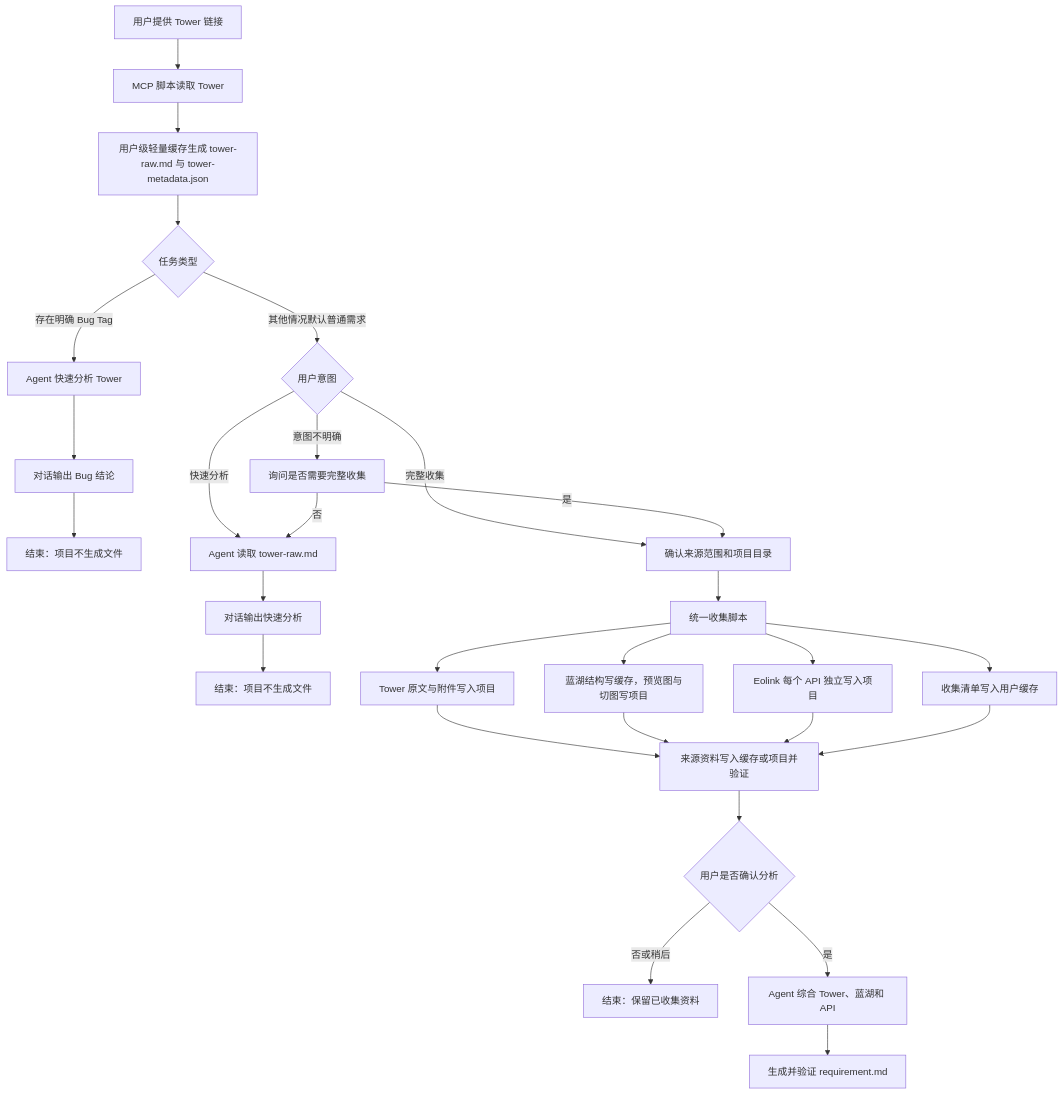
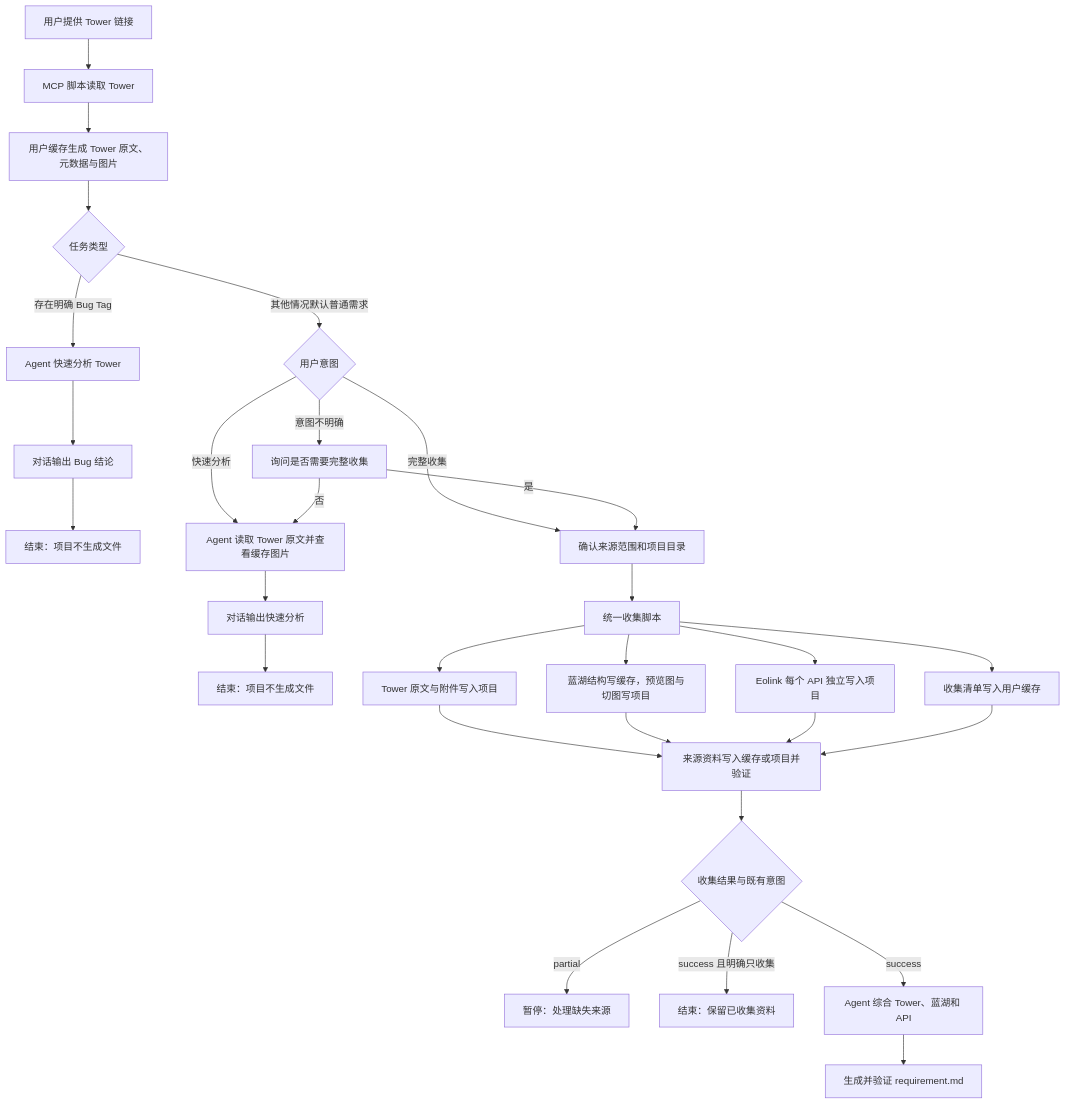
One commit to yangfanfengshun/SpecWeaver changed the diagram in README.md. Above: the diagram before and after it, drawn with Mermaid. The commit also changed other lines of this file and 17 other files, not shown here.

````diff
--- a/README.md
+++ b/README.md
@@ -17,36 +17,37 @@
 ```mermaid
 flowchart TD
     A["用户提供 Tower 链接"] --> B["MCP 脚本读取 Tower"]
-    B --> C["用户级轻量缓存生成 tower-raw.md 与 tower-metadata.json"]
+    B --> C["用户缓存生成 Tower 原文、元数据与图片"]
     C --> D{"任务类型"}
 
     D -->|"存在明确 Bug Tag"| E["Agent 快速分析 Tower"]
     E --> F["对话输出 Bug 结论"]
     F --> G["结束：项目不生成文件"]
 
     D -->|"其他情况默认普通需求"| H{"用户意图"}
-    H -->|"快速分析"| I["Agent 读取 tower-raw.md"]
+    H -->|"快速分析"| I["Agent 读取 Tower 原文并查看缓存图片"]
     I --> J["对话输出快速分析"]
     J --> K["结束：项目不生成文件"]
 
     H -->|"完整收集"| L["确认来源范围和项目目录"]
     H -->|"意图不明确"| M["询问是否需要完整收集"]
     M -->|"否"| I
     M -->|"是"| L
 
     L --> N["统一收集脚本"]
     N --> N1["Tower 原文与附件写入项目"]
     N --> N2["蓝湖结构写缓存，预览图与切图写项目"]
     N --> N3["Eolink 每个 API 独立写入项目"]
     N --> N4["收集清单写入用户缓存"]
 
     N1 --> O["来源资料写入缓存或项目并验证"]
     N2 --> O
     N3 --> O
     N4 --> O
-    O --> P{"用户是否确认分析"}
+    O --> P{"收集结果与既有意图"}
 
-    P -->|"否或稍后"| Q["结束：保留已收集资料"]
-    P -->|"是"| R["Agent 综合 Tower、蓝湖和 API"]
+    P -->|"partial"| T["暂停：处理缺失来源"]
+    P -->|"success 且明确只收集"| Q["结束：保留已收集资料"]
+    P -->|"success"| R["Agent 综合 Tower、蓝湖和 API"]
     R --> S["生成并验证 requirement.md"]
 ```
````
